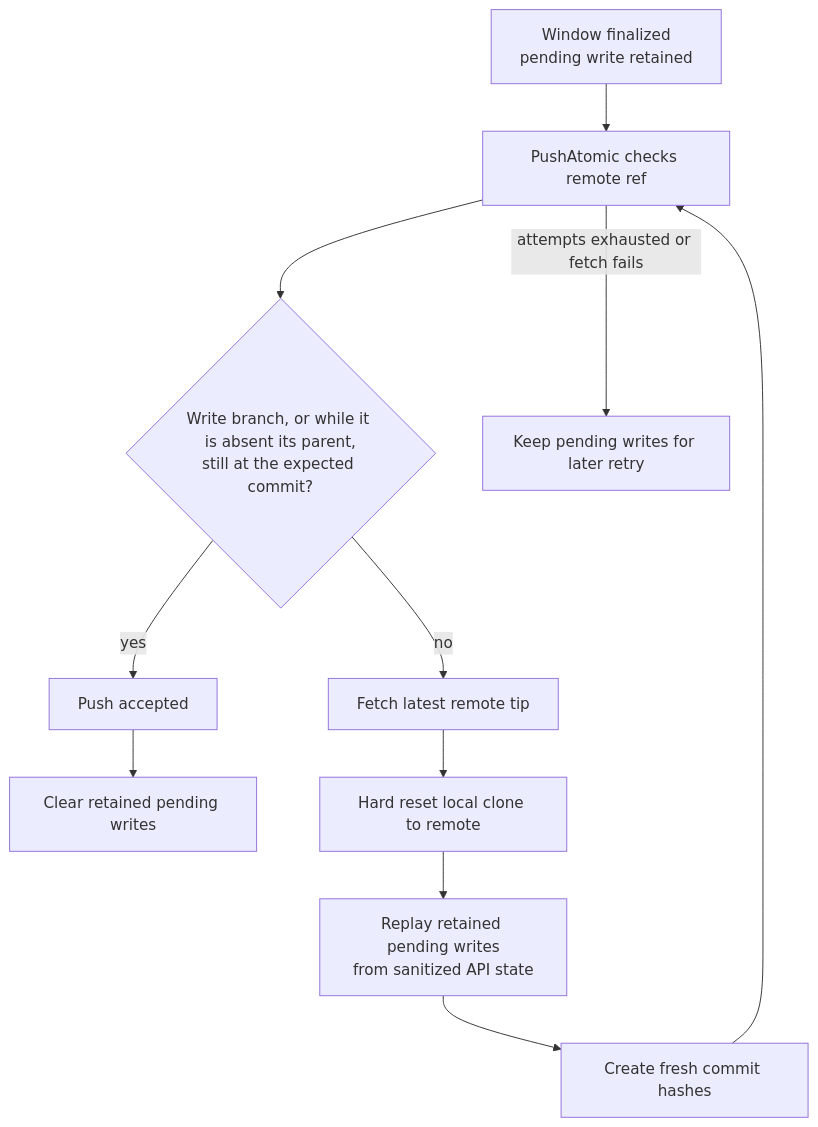
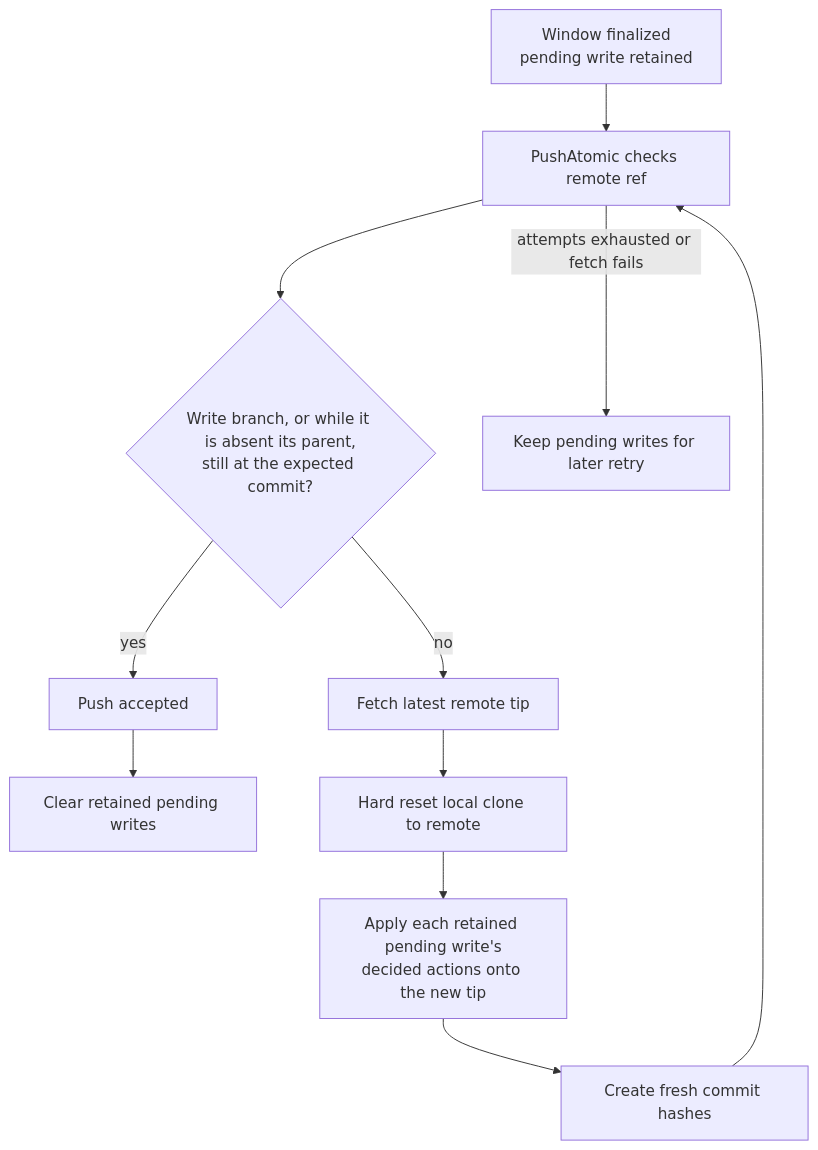
The fourth of 6 diagrams in docs/architecture.md (ConfigButler/gitops-reverser), drawn with Mermaid before and after one commit. The commit also changed other lines of this file and 158 other files, not shown here.

````diff
--- a/docs/architecture.md
+++ b/docs/architecture.md
@@ -636,15 +646,15 @@
 ```mermaid
 flowchart TD
     LOCAL[Window finalized<br/>pending write retained] --> CHECK[PushAtomic checks remote ref]
     CHECK --> MATCH{Write branch, or while it is absent its parent,<br/>still at the expected commit?}
     MATCH -->|yes| ACCEPT[Push accepted]
     ACCEPT --> CLEAR[Clear retained pending writes]
 
     MATCH -->|no| FETCH[Fetch latest remote tip]
     FETCH --> RESET[Hard reset local clone to remote]
-    RESET --> REPLAY[Replay retained pending writes<br/>from sanitized API state]
+    RESET --> REPLAY[Apply each retained pending write's<br/>decided actions onto the new tip]
     REPLAY --> REFRESH[Create fresh commit hashes]
     REFRESH --> CHECK
 
     CHECK -->|attempts exhausted or fetch fails| RETAIN[Keep pending writes for later retry]
 ```
````
